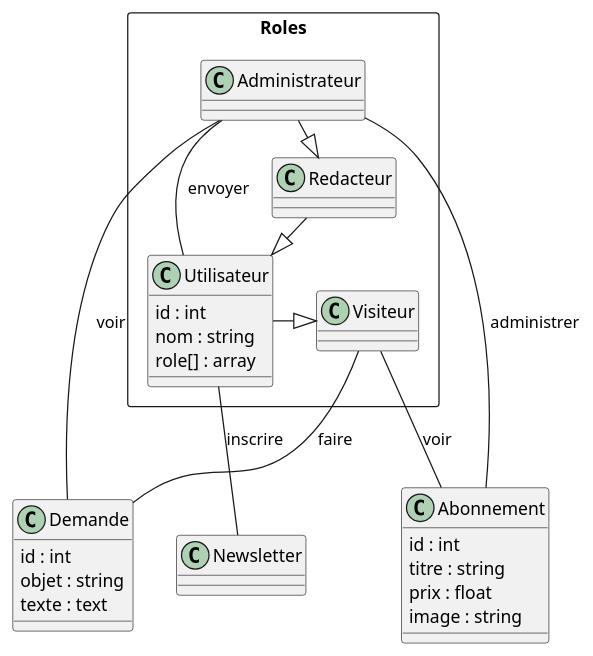
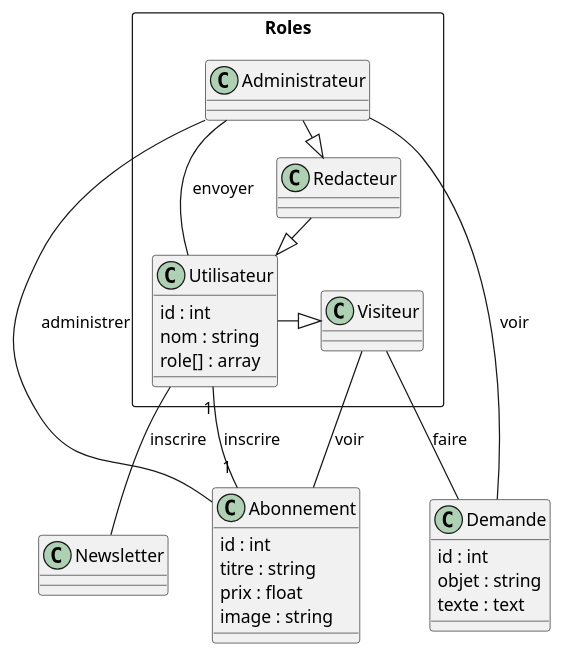
Before and after one commit to lepetitglacon/SIO_musculation: the diagram in docs/Sprint2/Diagramme de classe.puml, drawn with PlantUML. The commit also changed 17 other files, not shown here.

Commit message:
fin En tant que visiteur, je peux m’inscrire à la salle pour profiter de leurs services (newsletter, puis abonnement)

```diff
--- a/docs/Sprint2/Diagramme de classe.puml
+++ b/docs/Sprint2/Diagramme de classe.puml
@@ -1,42 +1,43 @@
 @startuml
 rectangle Roles{
     class Utilisateur{
         id : int
         nom : string
         role[] : array
     }
     class Visiteur{}
     class Redacteur{}
     class Administrateur{}
 }
 
 class Abonnement{
     id : int
     titre : string
     prix : float
     image : string
 }
 class Newsletter{
 }
 class Demande{
     id : int
     objet : string
     texte : text
 }
 
 Utilisateur -|> Visiteur
 Redacteur -|> Utilisateur
 Administrateur -|> Redacteur
 
 Administrateur -- Abonnement : administrer
 Administrateur -- Demande : voir
 Administrateur -- Utilisateur : envoyer
 
 Utilisateur -- Newsletter : inscrire
+Utilisateur "1" -- "1" Abonnement : inscrire
 
 Visiteur -- Demande : faire
 Visiteur -- Abonnement : voir
 
 
 
 @enduml
```
